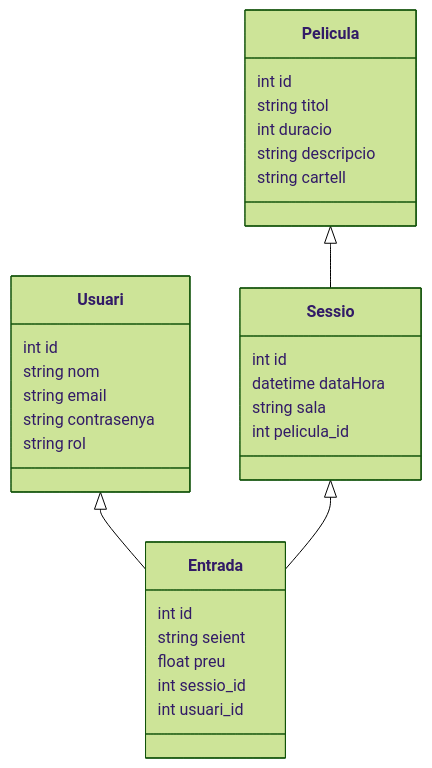
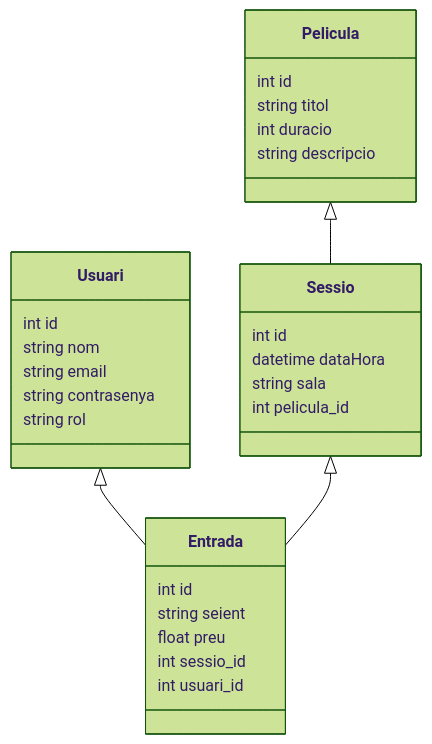
Before and after one commit to dnwits/projecte_entorns: the diagram in diagrames/d_classes_backend.mermaid, drawn with Mermaid (forest theme). The commit also changed 1 other file, not shown here.

```diff
--- a/diagrames/d_classes_backend.mermaid
+++ b/diagrames/d_classes_backend.mermaid
@@ -1,35 +1,34 @@
 classDiagram
   class Usuari {
     int id
     string nom
     string email
     string contrasenya
     string rol
   }
 
   class Pelicula {
     int id
     string titol
     int duracio
     string descripcio
-    string cartell
   }
 
   class Sessio {
     int id
     datetime dataHora
     string sala
     int pelicula_id
   }
 
   class Entrada {
     int id
     string seient
     float preu
     int sessio_id
     int usuari_id
   }
 
   Usuari <|-- Entrada
   Sessio <|-- Entrada
   Pelicula <|-- Sessio
```
